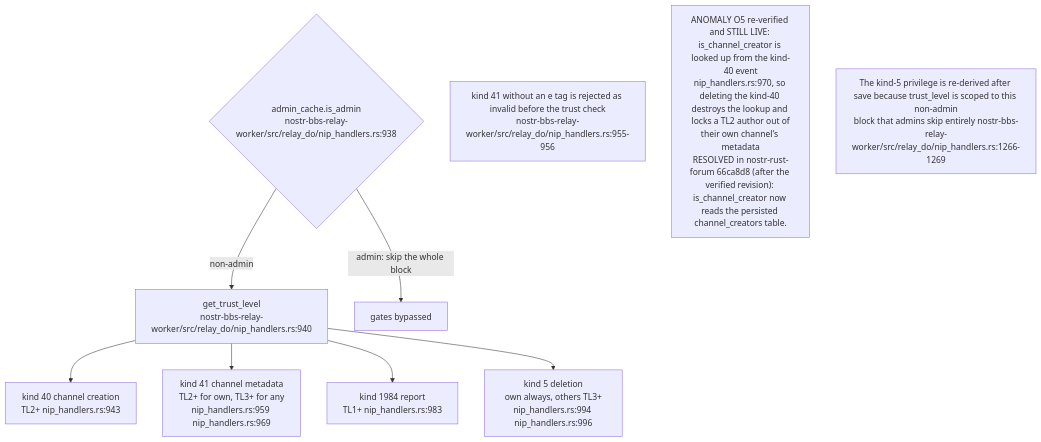
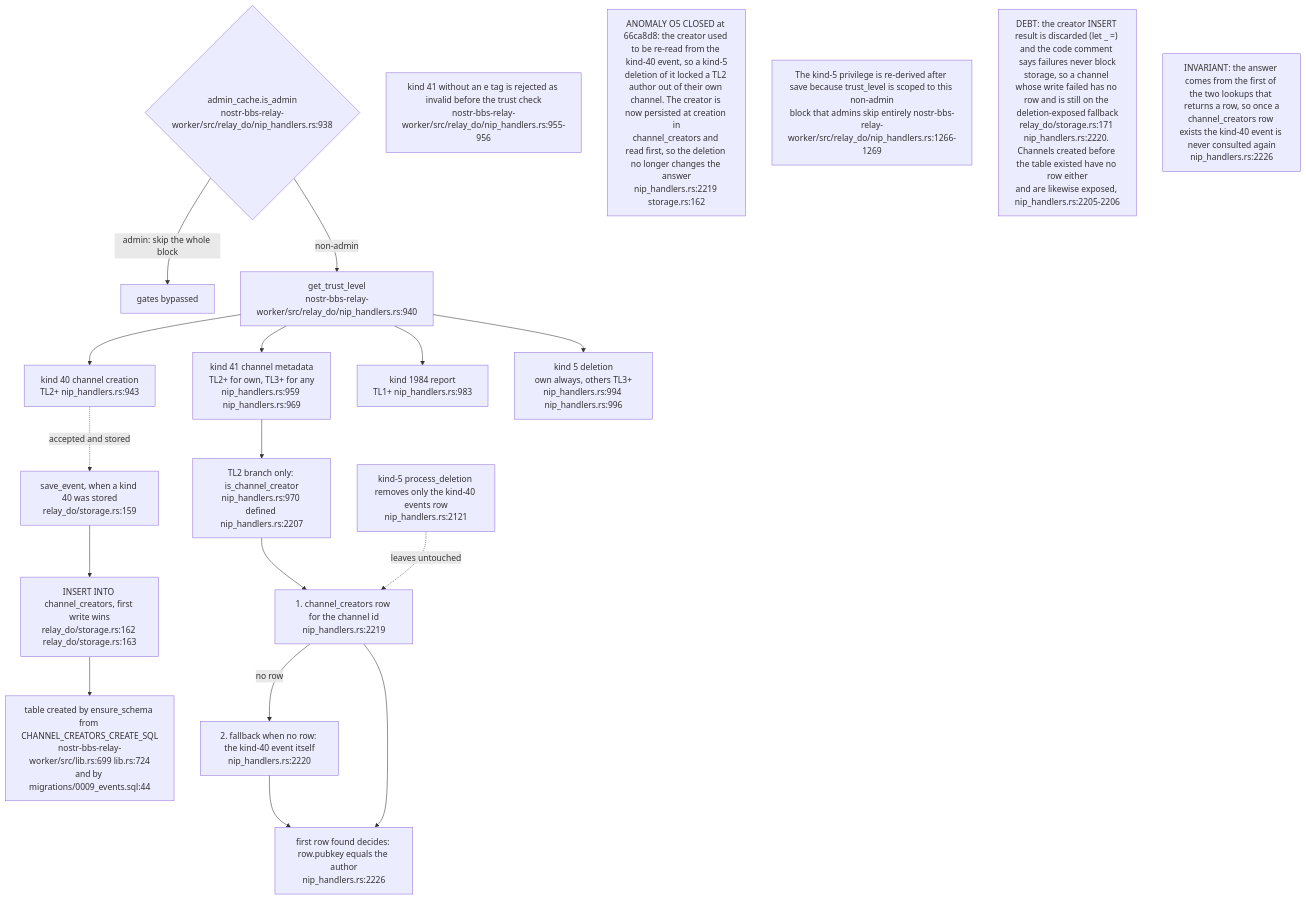
The seventh of 14 diagrams in docs/diagrams/nostr-rust-forum/03-relay-worker-admission-auth-and-trust.md (DreamLab-AI/VisionFlow), drawn with Mermaid before and after one commit. The commit also changed other lines of this file and 26 other files, not shown here.

First line of the commit message:
docs(diagrams): re-verify solid-pod-rs, nostr-rust-forum and visionclaw 22/36 against HEAD

````diff
--- a/docs/diagrams/nostr-rust-forum/03-relay-worker-admission-auth-and-trust.md
+++ b/docs/diagrams/nostr-rust-forum/03-relay-worker-admission-auth-and-trust.md
@@ -188,16 +190,31 @@
 ```mermaid
 flowchart TB
     ADMIN{"admin_cache.is_admin<br/>nostr-bbs-relay-worker/src/relay_do/nip_handlers.rs:938"}
     TL["get_trust_level<br/>nostr-bbs-relay-worker/src/relay_do/nip_handlers.rs:940"]
     K40["kind 40 channel creation<br/>TL2+ nip_handlers.rs:943"]
     K41["kind 41 channel metadata<br/>TL2+ for own, TL3+ for any<br/>nip_handlers.rs:959 nip_handlers.rs:969"]
     K1984["kind 1984 report<br/>TL1+ nip_handlers.rs:983"]
     K5["kind 5 deletion<br/>own always, others TL3+<br/>nip_handlers.rs:994 nip_handlers.rs:996"]
+    IC["TL2 branch only: is_channel_creator<br/>nip_handlers.rs:970 defined nip_handlers.rs:2207"]
+    CC["1. channel_creators row for the channel id<br/>nip_handlers.rs:2219"]
+    FB["2. fallback when no row: the kind-40 event itself<br/>nip_handlers.rs:2220"]
+    ANS["first row found decides: row.pubkey equals the author<br/>nip_handlers.rs:2226"]
+    SAVE["save_event, when a kind 40 was stored<br/>relay_do/storage.rs:159"]
+    INS["INSERT INTO channel_creators, first write wins<br/>relay_do/storage.rs:162 relay_do/storage.rs:163"]
+    DDL["table created by ensure_schema from CHANNEL_CREATORS_CREATE_SQL<br/>nostr-bbs-relay-worker/src/lib.rs:699 lib.rs:724<br/>and by migrations/0009_events.sql:44"]
+    DEL["kind-5 process_deletion removes only the kind-40 events row<br/>nip_handlers.rs:2121"]
 
     ADMIN -->|"admin: skip the whole block"| SKIP["gates bypassed"]
     ADMIN -->|"non-admin"| TL --> K40 & K41 & K1984 & K5
+    K41 --> IC --> CC -->|"no row"| FB
+    CC --> ANS
+    FB --> ANS
+    K40 -.->|"accepted and stored"| SAVE --> INS --> DDL
+    DEL -.->|"leaves untouched"| CC
 
     N1["kind 41 without an e tag is rejected as invalid before the trust check<br/>nostr-bbs-relay-worker/src/relay_do/nip_handlers.rs:955-956"]
-    N2["ANOMALY O5 re-verified and STILL LIVE: is_channel_creator is looked up from the kind-40 event<br/>nip_handlers.rs:970, so deleting the kind-40 destroys the lookup and locks a TL2 author out of<br/>their own channel's metadata<br/>RESOLVED in nostr-rust-forum 66ca8d8 (after the verified revision): is_channel_creator now reads the persisted channel_creators table."]
+    N2["ANOMALY O5 CLOSED at 66ca8d8: the creator used to be re-read from the kind-40 event, so a kind-5<br/>deletion of it locked a TL2 author out of their own channel. The creator is now persisted at creation in<br/>channel_creators and read first, so the deletion no longer changes the answer<br/>nip_handlers.rs:2219 storage.rs:162"]
     N3["The kind-5 privilege is re-derived after save because trust_level is scoped to this non-admin<br/>block that admins skip entirely nostr-bbs-relay-worker/src/relay_do/nip_handlers.rs:1266-1269"]
+    N4["DEBT: the creator INSERT result is discarded (let _ =) and the code comment says failures never block<br/>storage, so a channel whose write failed has no row and is still on the deletion-exposed fallback<br/>relay_do/storage.rs:171 nip_handlers.rs:2220. Channels created before the table existed have no row either<br/>and are likewise exposed, nip_handlers.rs:2205-2206"]
+    N5["INVARIANT: the answer comes from the first of the two lookups that returns a row, so once a<br/>channel_creators row exists the kind-40 event is never consulted again<br/>nip_handlers.rs:2226"]
 ```
````
